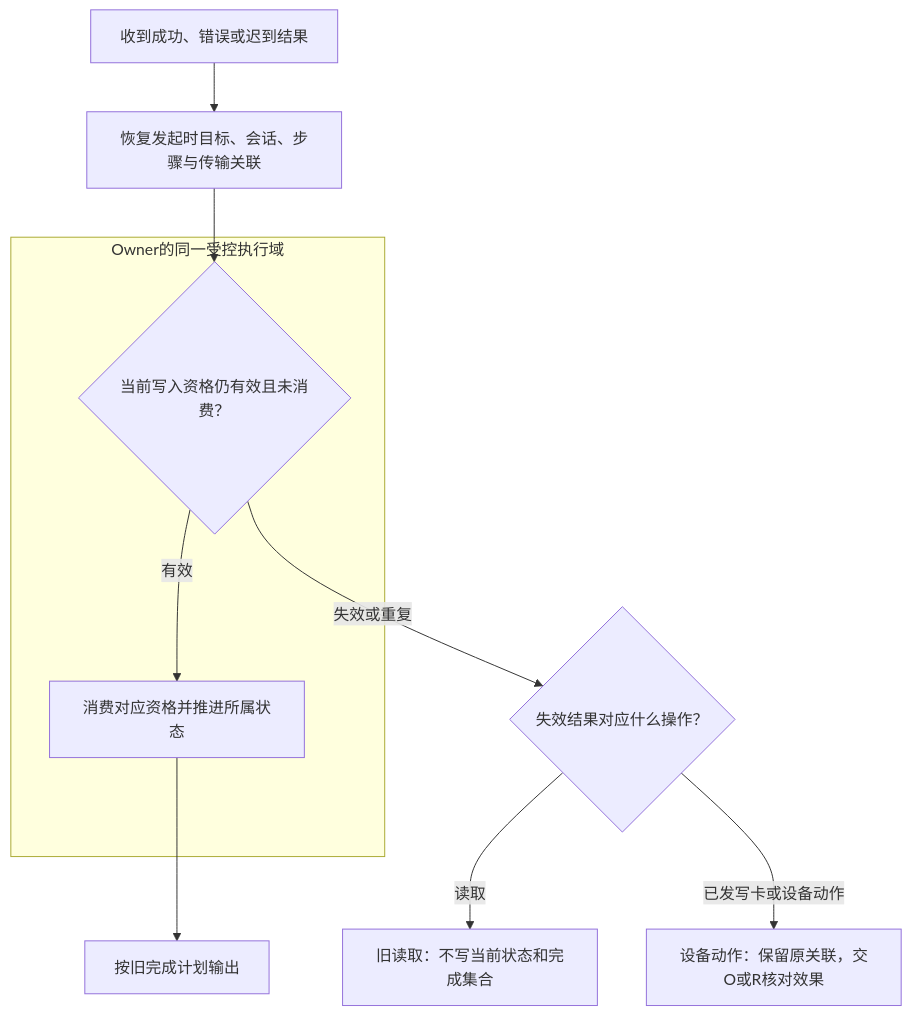
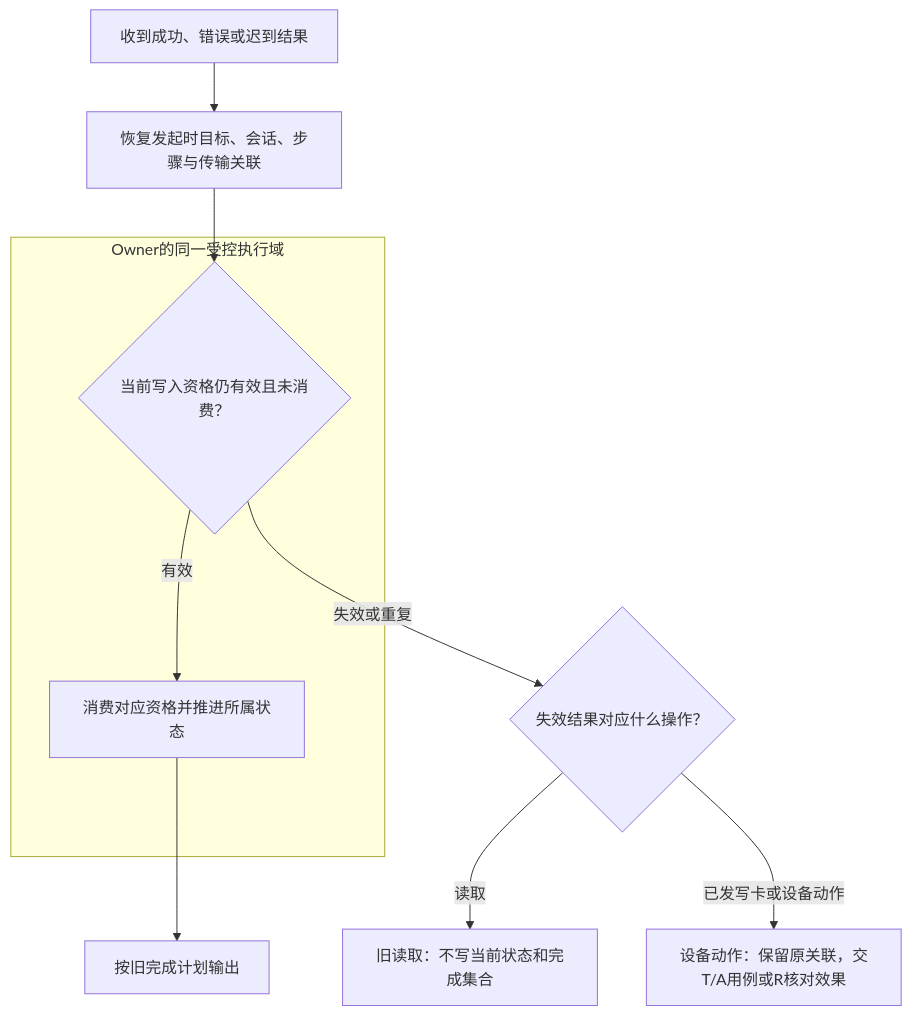
Diagram 14 of 15 in telephony_core_service/docs/多SIM架构重构_设计说明与业务流程对照.md (zjuluowu/multisim), drawn with Mermaid before and after one commit. The commit also changed other lines of this file and 53 other files, not shown here.

First line of the commit message:
feat(sim): add target architecture skeleton and detailed design

````diff
--- a/telephony_core_service/docs/多SIM架构重构_设计说明与业务流程对照.md
+++ b/telephony_core_service/docs/多SIM架构重构_设计说明与业务流程对照.md
@@ -855,20 +805,20 @@
 ```mermaid
 flowchart TD
     IN["收到成功、错误或迟到结果"]
     ORIG["恢复发起时目标、会话、步骤与传输关联"]
     subgraph CONTROL["Owner的同一受控执行域"]
         G{"当前写入资格仍有效且未消费？"}
         COMMIT["消费对应资格并推进所属状态"]
     end
     OUT["按旧完成计划输出"]
     KIND{"失效结果对应什么操作？"}
     READ["旧读取：不写当前状态和完成集合"]
-    WRITE["设备动作：保留原关联，交O或R核对效果"]
+    WRITE["设备动作：保留原关联，交T/A用例或R核对效果"]
     IN --> ORIG
     ORIG --> G
     G -->|"有效"| COMMIT
     COMMIT --> OUT
     G -->|"失效或重复"| KIND
     KIND -->|"读取"| READ
     KIND -->|"已发写卡或设备动作"| WRITE
 ```
````
